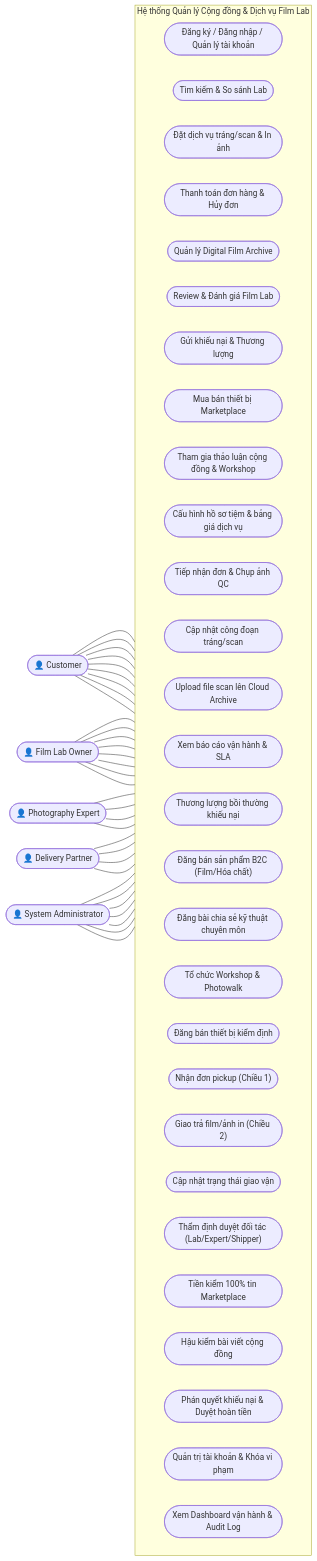
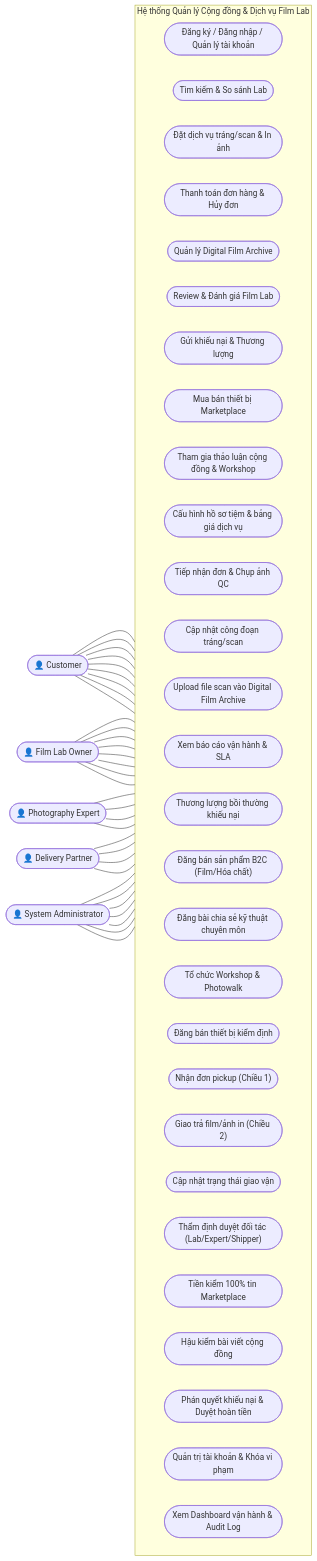
Before and after one commit to huylamnhat/Photographer-enthusiastic-environment: the first of 6 diagrams in doc/week 2/so-do-chuc-nang-nghiep-vu.md, drawn with Mermaid. The commit also changed other lines of this file and 3 other files, not shown here.

````diff
--- a/doc/week 2/so-do-chuc-nang-nghiep-vu.md
+++ b/doc/week 2/so-do-chuc-nang-nghiep-vu.md
@@ -15,58 +15,58 @@
 ```mermaid
 flowchart LR
 
     CUS(["👤 Customer"])
     EXP(["👤 Photography Expert"])
     LAB(["👤 Film Lab Owner"])
     DEL(["👤 Delivery Partner"])
     ADM(["👤 System Administrator"])
 
     subgraph SYS["Hệ thống Quản lý Cộng đồng & Dịch vụ Film Lab"]
         direction LR
         %% Chức năng dùng chung
         AUTH(["Đăng ký / Đăng nhập / Quản lý tài khoản"])
         
         %% Customer
         C1(["Tìm kiếm & So sánh Lab"])
         C2(["Đặt dịch vụ tráng/scan & In ảnh"])
         C3(["Thanh toán đơn hàng & Hủy đơn"])
         C4(["Quản lý Digital Film Archive"])
         C5(["Review & Đánh giá Film Lab"])
         C6(["Gửi khiếu nại & Thương lượng"])
         C7(["Mua bán thiết bị Marketplace"])
         C8(["Tham gia thảo luận cộng đồng & Workshop"])
 
         %% Film Lab Owner
         L1(["Cấu hình hồ sơ tiệm & bảng giá dịch vụ"])
         L2(["Tiếp nhận đơn & Chụp ảnh QC"])
         L3(["Cập nhật công đoạn tráng/scan"])
-        L4(["Upload file scan lên Cloud Archive"])
+        L4(["Upload file scan vào Digital Film Archive"])
         L5(["Xem báo cáo vận hành & SLA"])
         L6(["Thương lượng bồi thường khiếu nại"])
         L7(["Đăng bán sản phẩm B2C (Film/Hóa chất)"])
 
         %% Photography Expert
         E1(["Đăng bài chia sẻ kỹ thuật chuyên môn"])
         E2(["Tổ chức Workshop & Photowalk"])
         E3(["Đăng bán thiết bị kiểm định"])
 
         %% Delivery Partner
         D1(["Nhận đơn pickup (Chiều 1)"])
         D2(["Giao trả film/ảnh in (Chiều 2)"])
         D3(["Cập nhật trạng thái giao vận"])
 
         %% System Administrator
         A1(["Thẩm định duyệt đối tác (Lab/Expert/Shipper)"])
         A2(["Tiền kiểm 100% tin Marketplace"])
         A3(["Hậu kiểm bài viết cộng đồng"])
         A4(["Phán quyết khiếu nại & Duyệt hoàn tiền"])
         A5(["Quản trị tài khoản & Khóa vi phạm"])
         A6(["Xem Dashboard vận hành & Audit Log"])
     end
 
     CUS --- AUTH & C1 & C2 & C3 & C4 & C5 & C6 & C7 & C8
     LAB --- AUTH & L1 & L2 & L3 & L4 & L5 & L6 & L7
     EXP --- AUTH & E1 & E2 & E3
     DEL --- AUTH & D1 & D2 & D3
     ADM --- AUTH & A1 & A2 & A3 & A4 & A5 & A6
 ```
````
